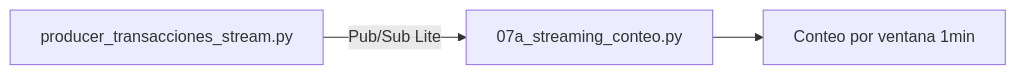
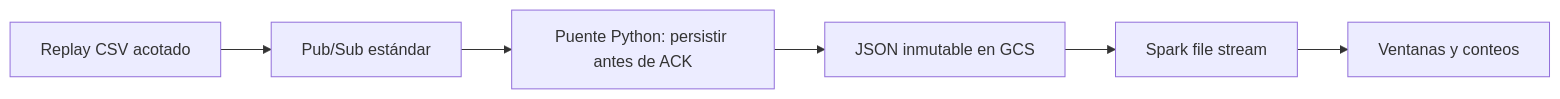
One commit to ChemaSarmiento/Big_Data_UP changed the diagram in slides_maestria/sesion-09.md. Above: the diagram before and after it, drawn with Mermaid. The commit also changed other lines of this file and 90 other files, not shown here.

````diff
--- a/slides_maestria/sesion-09.md
+++ b/slides_maestria/sesion-09.md
@@ -81,5 +18,8 @@
-```mermaid {scale: 0.55}
+```mermaid
 flowchart LR
-    P[producer_transacciones_stream.py] -->|Pub/Sub Lite| S[07a_streaming_conteo.py]
-    S --> W[Conteo por ventana 1min]
+ P[Replay CSV acotado] --> Q[Pub/Sub estándar]
+ Q --> B[Puente Python: persistir antes de ACK]
+ B --> G[JSON inmutable en GCS]
+ G --> S[Spark file stream]
+ S --> W[Ventanas y conteos]
 ```
````
